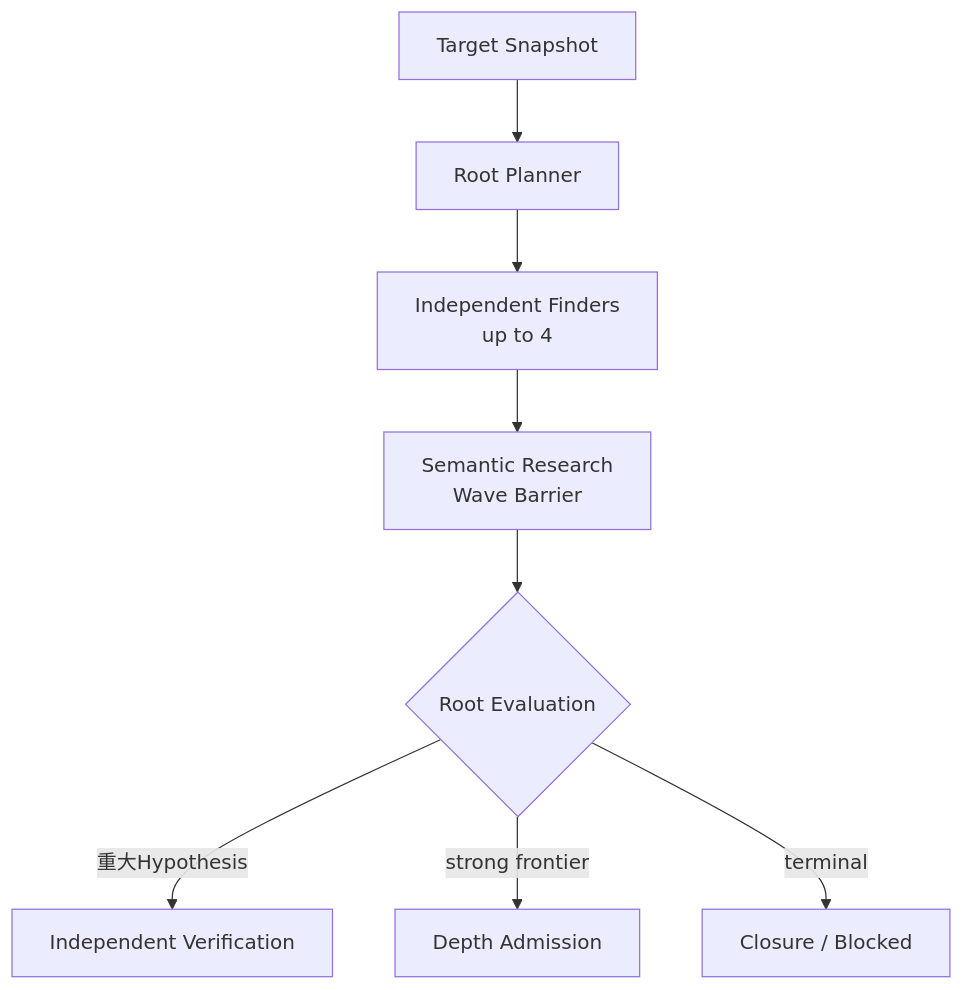
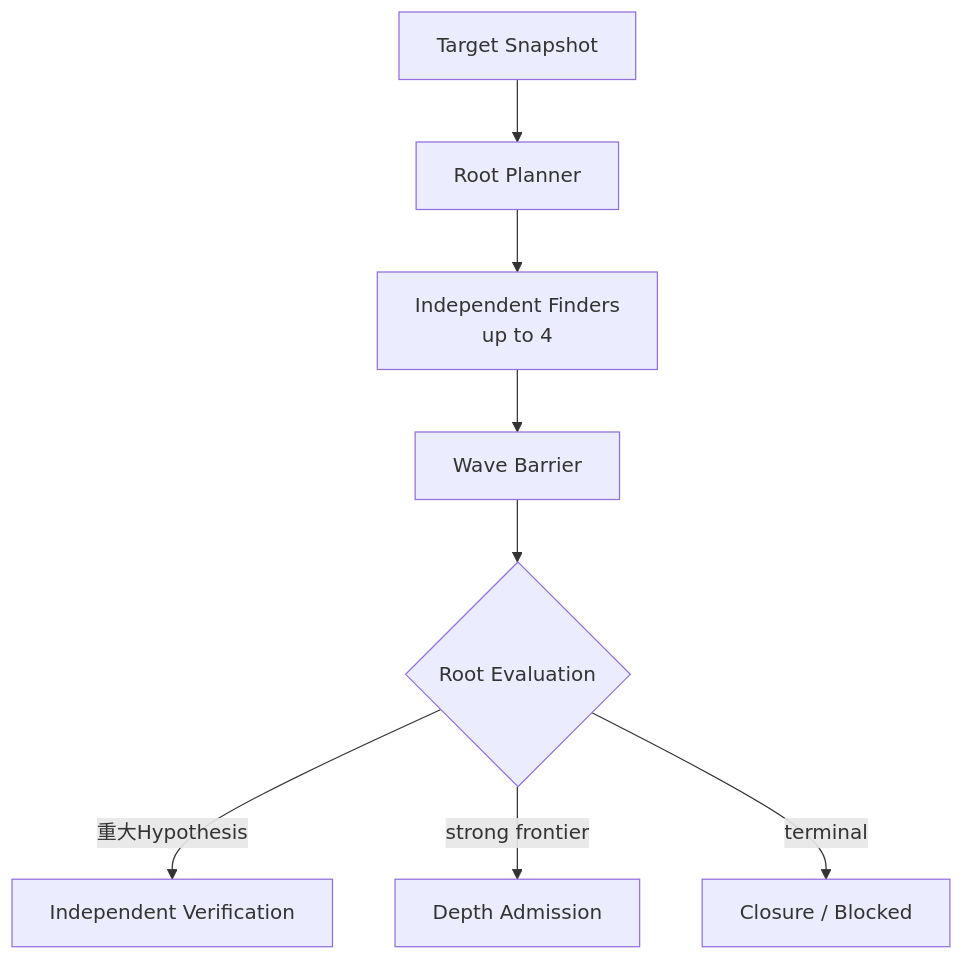
Before and after one commit to momoponwork1415-lgtm/wordpress-harness: the first of 2 diagrams in docs/design/exploration-seam.md, drawn with Mermaid. The commit also changed other lines of this file and 5 other files, not shown here.

````diff
--- a/docs/design/exploration-seam.md
+++ b/docs/design/exploration-seam.md
@@ -50,16 +38,7 @@
 ```mermaid
 flowchart TB
-    input["Target Snapshot"]
-    planner["Root Planner"]
-    finders["Independent Finders<br/>up to 4"]
-    barrier["Semantic Research<br/>Wave Barrier"]
-    evaluation{"Root Evaluation"}
-    verify["Independent Verification"]
-    admission["Depth Admission"]
-    stop["Closure / Blocked"]
-
-    input --> planner --> finders --> barrier --> evaluation
-    evaluation -->|"重大Hypothesis"| verify
-    evaluation -->|"strong frontier"| admission
-    evaluation -->|"terminal"| stop
+    input["Target Snapshot"] --> planner["Root Planner"] --> finders["Independent Finders<br/>up to 4"] --> barrier["Wave Barrier"] --> evaluation{"Root Evaluation"}
+    evaluation -->|"重大Hypothesis"| verify["Independent Verification"]
+    evaluation -->|"strong frontier"| admission["Depth Admission"]
+    evaluation -->|"terminal"| stop["Closure / Blocked"]
 ```
````
